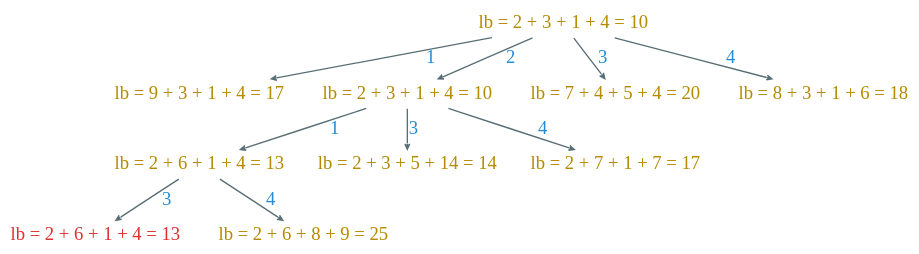
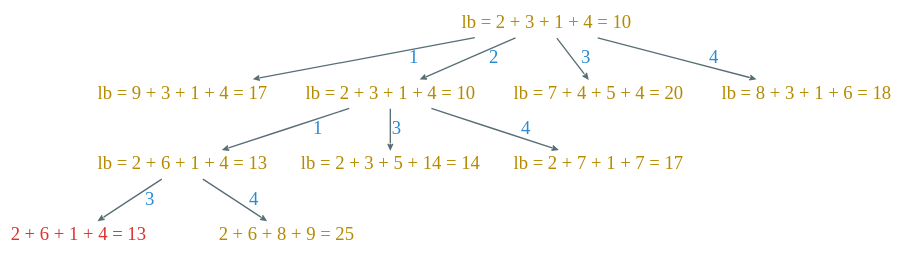
One commit to Avanti1980/course-alg changed the diagram in dot/job-distribution.dot. Above: the diagram before and after it, drawn with Graphviz. The commit also changed 8 other files, not shown here.

```diff
--- a/dot/job-distribution.dot
+++ b/dot/job-distribution.dot
@@ -1,28 +1,28 @@
 digraph g {
     bgcolor=transparent
     rankdir=TB
     graph [nodesep=0.16,  ranksep=0.2]
     node [shape=plaintext,  color="#586e75",  fixedsize=true,  width=2,  height=0.3,  fontcolor="#b58900",  fontsize=14,  fontname="LXGWWenKai"]
     edge [arrowhead=vee,  color="#586e75",  fontcolor="#268bd2",  fontsize=14,  fontname="LXGWWenKai",  arrowsize=0.4]
 
     root [label="lb = 2 + 3 + 1 + 4 = 10"]
 
     root -> "lb = 9 + 3 + 1 + 4 = 17" [label=1]
     root -> "lb = 2 + 3 + 1 + 4 = 10" [label=2]
     root -> "lb = 7 + 4 + 5 + 4 = 20" [label=3]
     root -> "lb = 8 + 3 + 1 + 6 = 18" [label=4]
 
     "lb = 2 + 3 + 1 + 4 = 10" -> "lb = 2 + 6 + 1 + 4 = 13" [label=1]
     "lb = 2 + 3 + 1 + 4 = 10" -> "lb = 2 + 3 + 5 + 14 = 14" [label=3]
     "lb = 2 + 3 + 1 + 4 = 10" -> "lb = 2 + 7 + 1 + 7 = 17" [label=4]
 
     node [fontcolor="#dc322f"]
 
-    13 [label="lb = 2 + 6 + 1 + 4 = 13"]
+    13 [label="2 + 6 + 1 + 4 = 13"]
 
     "lb = 2 + 6 + 1 + 4 = 13" -> 13 [label="3"]
 
     node [fontcolor="#b58900"]
 
-    "lb = 2 + 6 + 1 + 4 = 13" -> "lb = 2 + 6 + 8 + 9 = 25" [label="4"]
+    "lb = 2 + 6 + 1 + 4 = 13" -> "2 + 6 + 8 + 9 = 25" [label="4"]
 }
```
